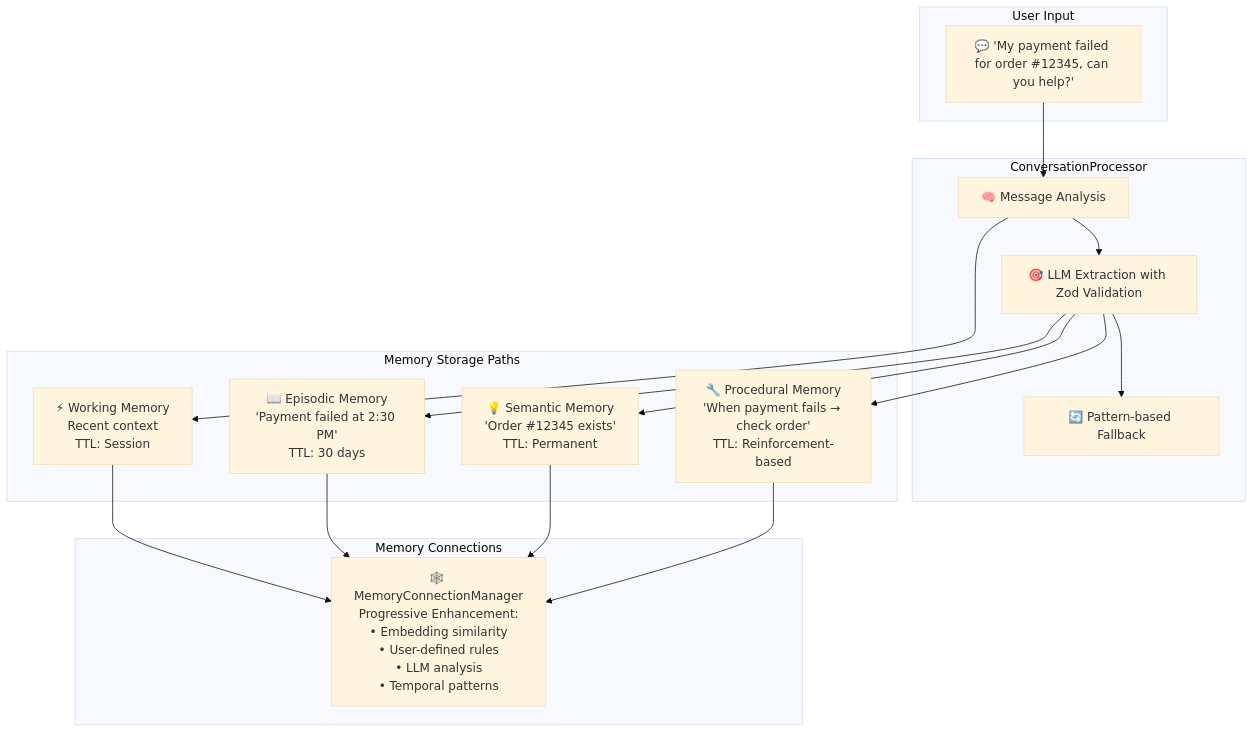
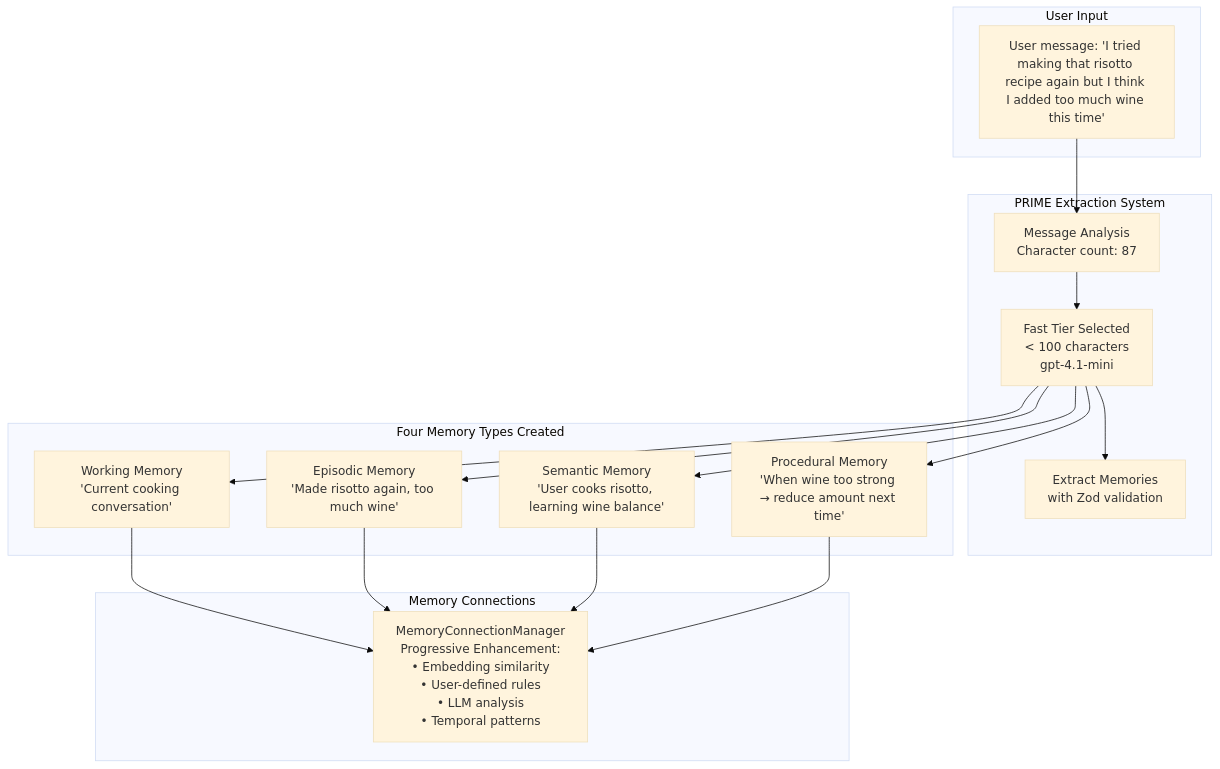
Before and after one commit to AgentDock/AgentDock: the first of 2 diagrams in docs/memory/README.md, drawn with Mermaid (base theme). The commit also changed other lines of this file and 5 other files, not shown here.

````diff
--- a/docs/memory/README.md
+++ b/docs/memory/README.md
@@ -22,35 +46,35 @@
 ```mermaid
 graph TB
     subgraph "User Input"
-        A[💬 'My payment failed for order #12345, can you help?']
+        A["User message: 'I tried making that risotto recipe again but I think I added too much wine this time'"]
     end
     
-    subgraph "ConversationProcessor"
-        B[🧠 Message Analysis]
-        C[🎯 LLM Extraction with Zod Validation]
-        D[🔄 Pattern-based Fallback]
+    subgraph "PRIME Extraction System"
+        B["Message Analysis<br/>Character count: 87"]
+        C["Fast Tier Selected<br/>< 100 characters<br/>gpt-4.1-mini"]
+        D["Extract Memories<br/>with Zod validation"]
     end
     
-    subgraph "Memory Storage Paths"
-        E[⚡ Working Memory<br/>Recent context<br/>TTL: Session]
-        F[📖 Episodic Memory<br/>'Payment failed at 2:30 PM'<br/>TTL: 30 days]
-        G[💡 Semantic Memory<br/>'Order #12345 exists'<br/>TTL: Permanent]
-        H[🔧 Procedural Memory<br/>'When payment fails → check order'<br/>TTL: Reinforcement-based]
+    subgraph "Four Memory Types Created"
+        E["Working Memory<br/>'Current cooking conversation'"]
+        F["Episodic Memory<br/>'Made risotto again, too much wine'"]
+        G["Semantic Memory<br/>'User cooks risotto, learning wine balance'"]
+        H["Procedural Memory<br/>'When wine too strong → reduce amount next time'"]
     end
     
     subgraph "Memory Connections"
-        I[🕸️ MemoryConnectionManager<br/>Progressive Enhancement:<br/>• Embedding similarity<br/>• User-defined rules<br/>• LLM analysis<br/>• Temporal patterns]
+        I["MemoryConnectionManager<br/>Progressive Enhancement:<br/>• Embedding similarity<br/>• User-defined rules<br/>• LLM analysis<br/>• Temporal patterns"]
     end
     
     A --> B
     B --> C
     C --> D
-    B --> E
-    C --> F
+    C --> E
+    C --> F  
     C --> G
     C --> H
     E --> I
     F --> I
     G --> I
     H --> I
 ```
````
